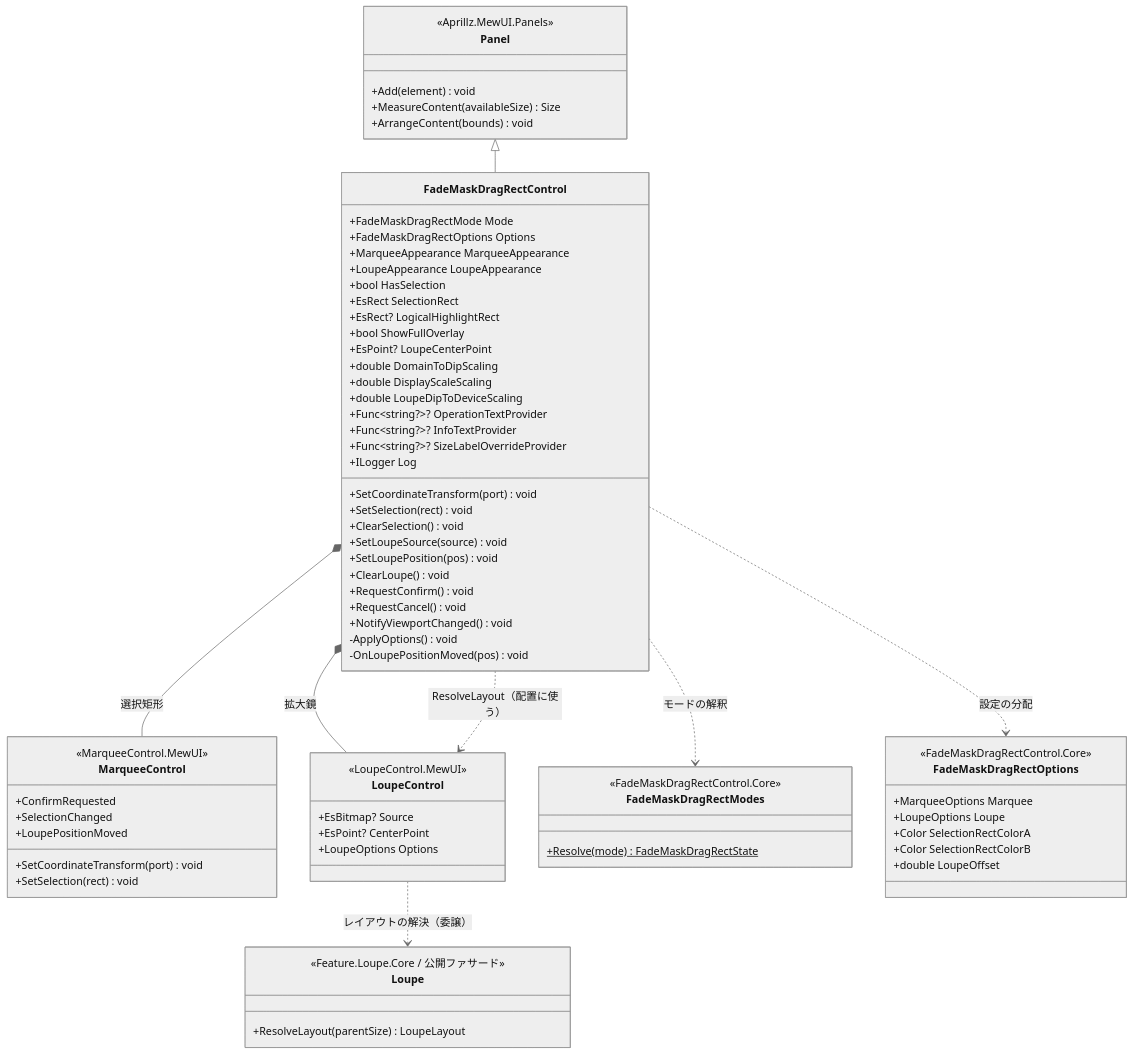
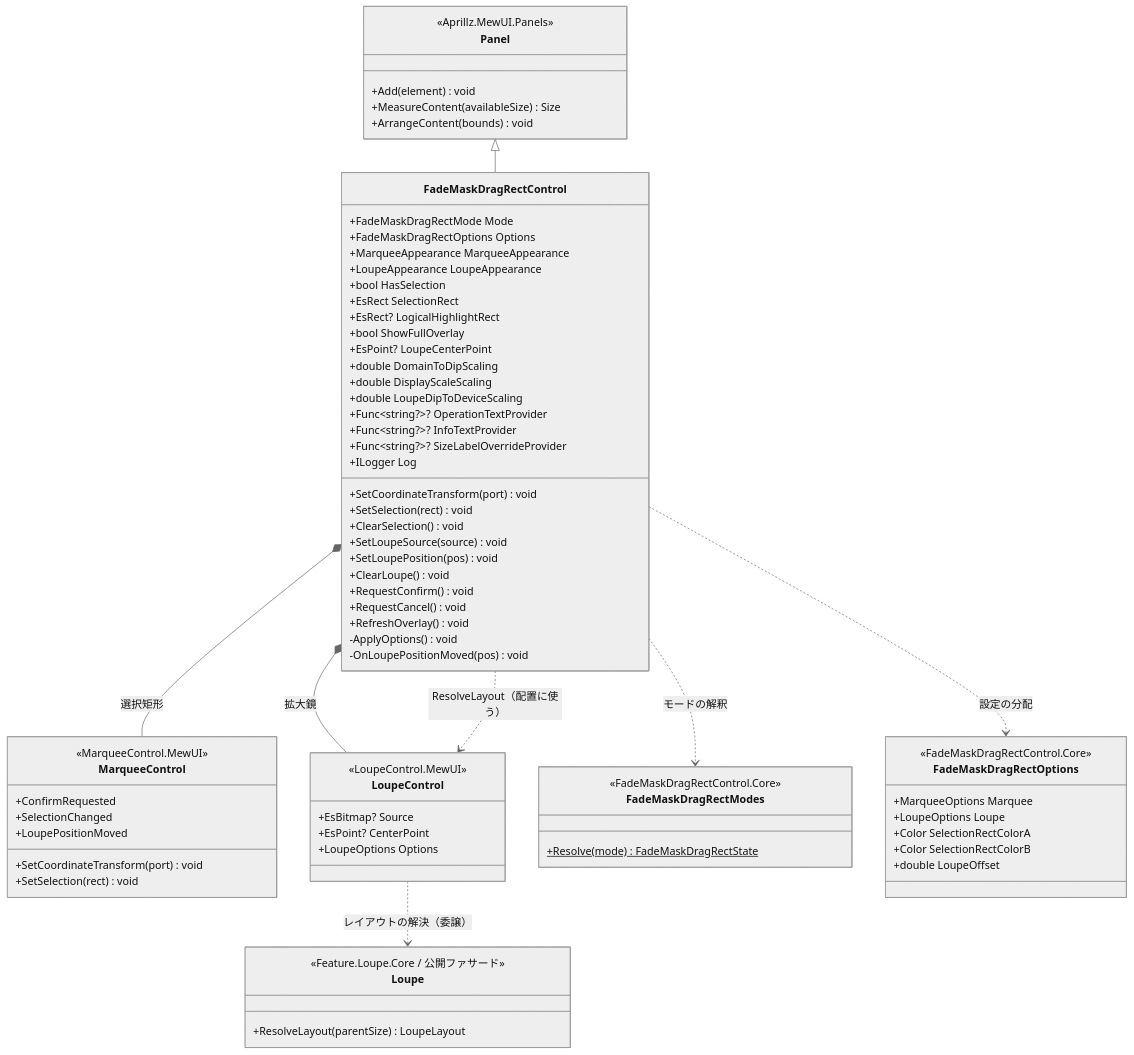
Before and after one commit to tomokuni/SaveEvidence: the first of 4 diagrams in src/FadeMaskDragRectControl.MewUI/SPEC_System.md, drawn with Mermaid (neutral theme). The commit also changed 83 other files, not shown here.

````diff
--- a/src/FadeMaskDragRectControl.MewUI/SPEC_System.md
+++ b/src/FadeMaskDragRectControl.MewUI/SPEC_System.md
@@ -94,76 +94,76 @@
 ```mermaid
 classDiagram
     class Panel {
         <<Aprillz.MewUI.Panels>>
         +Add(element) void
         +MeasureContent(availableSize) Size
         +ArrangeContent(bounds) void
     }
     class FadeMaskDragRectControl {
         +FadeMaskDragRectMode Mode
         +FadeMaskDragRectOptions Options
         +MarqueeAppearance MarqueeAppearance
         +LoupeAppearance LoupeAppearance
         +bool HasSelection
         +EsRect SelectionRect
         +EsRect? LogicalHighlightRect
         +bool ShowFullOverlay
         +EsPoint? LoupeCenterPoint
         +double DomainToDipScaling
         +double DisplayScaleScaling
         +double LoupeDipToDeviceScaling
         +Func~string?~? OperationTextProvider
         +Func~string?~? InfoTextProvider
         +Func~string?~? SizeLabelOverrideProvider
         +ILogger Log
         +SetCoordinateTransform(port) void
         +SetSelection(rect) void
         +ClearSelection() void
         +SetLoupeSource(source) void
         +SetLoupePosition(pos) void
         +ClearLoupe() void
         +RequestConfirm() void
         +RequestCancel() void
-        +NotifyViewportChanged() void
+        +RefreshOverlay() void
         -ApplyOptions() void
         -OnLoupePositionMoved(pos) void
     }
     class MarqueeControl {
         <<MarqueeControl.MewUI>>
         +SetCoordinateTransform(port) void
         +SetSelection(rect) void
         +ConfirmRequested
         +SelectionChanged
         +LoupePositionMoved
     }
     class LoupeControl {
         <<LoupeControl.MewUI>>
         +EsBitmap? Source
         +EsPoint? CenterPoint
         +LoupeOptions Options
     }
     class FadeMaskDragRectModes {
         <<FadeMaskDragRectControl.Core>>
         +Resolve(mode)$ FadeMaskDragRectState
     }
     class FadeMaskDragRectOptions {
         <<FadeMaskDragRectControl.Core>>
         +MarqueeOptions Marquee
         +LoupeOptions Loupe
         +Color SelectionRectColorA
         +Color SelectionRectColorB
         +double LoupeOffset
     }
     class Loupe {
         <<Feature.Loupe.Core / 公開ファサード>>
         +ResolveLayout(parentSize) LoupeLayout
     }
 
     Panel <|-- FadeMaskDragRectControl
     FadeMaskDragRectControl *-- MarqueeControl : 選択矩形
     FadeMaskDragRectControl *-- LoupeControl : 拡大鏡
     FadeMaskDragRectControl ..> FadeMaskDragRectModes : モードの解釈
     FadeMaskDragRectControl ..> FadeMaskDragRectOptions : 設定の分配
     LoupeControl ..> Loupe : レイアウトの解決（委譲）
     FadeMaskDragRectControl ..> LoupeControl : ResolveLayout（配置に使う）
 ```
````
